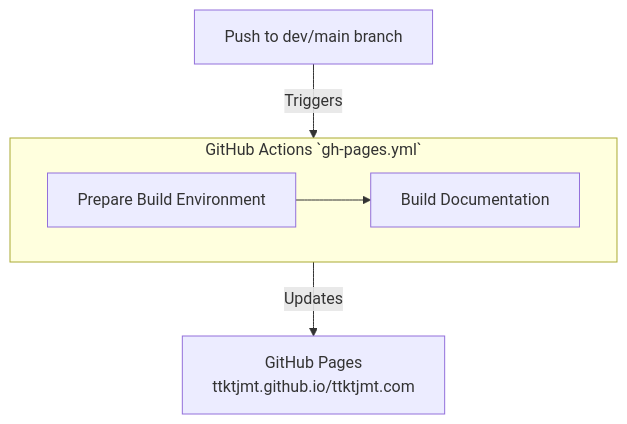
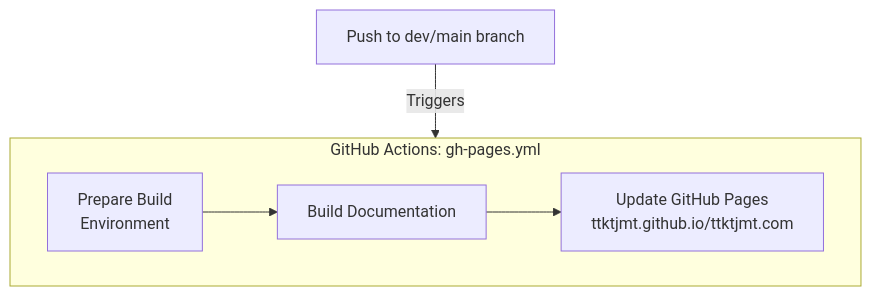
One commit to ttktjmt/ttktjmt.com changed the first of 2 diagrams in docs/docs/about/cicd.md. Above: the diagram before and after it, drawn with Mermaid. The commit also changed other lines of this file, not shown here.

Commit message:
Fix mermaid graph bug

````diff
--- a/docs/docs/about/cicd.md
+++ b/docs/docs/about/cicd.md
@@ -8,11 +8,10 @@
 ``` mermaid
 graph TB
     A[Push to dev/main branch] -->|Triggers| B
 
-    subgraph B[GitHub Actions `gh-pages.yml`]
+    subgraph B[GitHub Actions: gh-pages.yml]
         direction LR
-        C[Prepare Build Environment] --> D[Build Documentation]
+        C[Prepare Build<br>Environment] --> D[Build Documentation]
+        D --> F[Update GitHub Pages<br>ttktjmt.github.io/ttktjmt.com]
     end
-
-    D -->|Updates| F[GitHub Pages<br>ttktjmt.github.io/ttktjmt.com]
 ```
````
